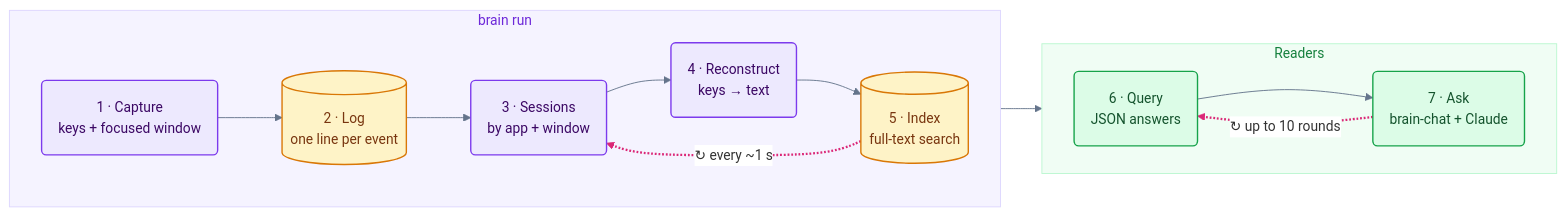
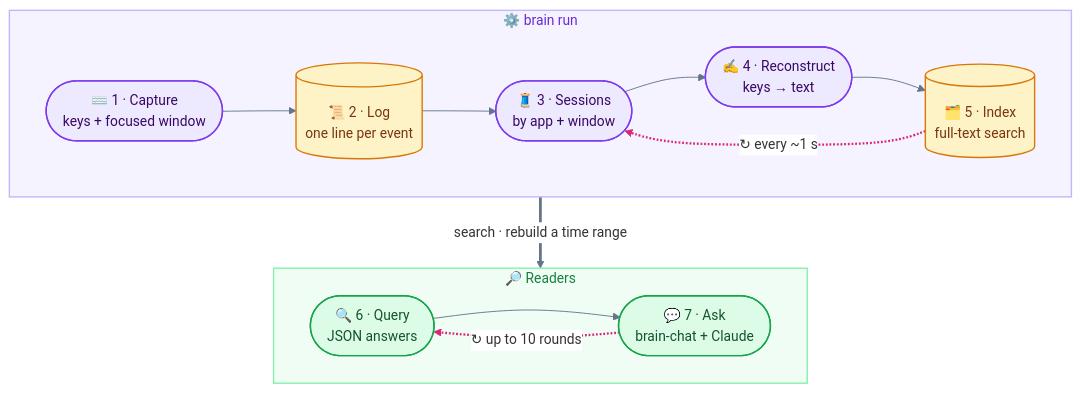
One commit to ChenOhana/shadow-assistant changed the second of 2 diagrams in DIAGRAMS.md. Above: the diagram before and after it, drawn with Mermaid. The commit also changed other lines of this file, not shown here.

First line of the commit message:
Draw the diagrams as top-to-bottom layers

````diff
--- a/DIAGRAMS.md
+++ b/DIAGRAMS.md
@@ -63,34 +74,37 @@
 ```mermaid
-%%{init: {"theme": "base", "themeVariables": {"fontSize": "15px", "lineColor": "#64748b", "edgeLabelBackground": "#ffffff"}, "flowchart": {"curve": "basis", "padding": 18, "nodeSpacing": 40, "rankSpacing": 45}}}%%
-flowchart LR
-    subgraph RUN["brain run"]
+%%{init: {"theme": "base", "themeVariables": {"fontSize": "15px", "lineColor": "#64748b", "edgeLabelBackground": "#ffffff"}, "flowchart": {"curve": "basis", "padding": 20, "nodeSpacing": 40, "rankSpacing": 55}}}%%
+flowchart TB
+    subgraph RUN["⚙️ brain run"]
         direction LR
-        S1("1 · Capture<br/>keys + focused window")
-        S2[("2 · Log<br/>one line per event")]
-        S3("3 · Sessions<br/>by app + window")
-        S4("4 · Reconstruct<br/>keys → text")
-        S5[("5 · Index<br/>full-text search")]
+        S1(["⌨️ 1 · Capture<br/>keys + focused window"])
+        S2[("📜 2 · Log<br/>one line per event")]
+        S3(["🧵 3 · Sessions<br/>by app + window"])
+        S4(["✍️ 4 · Reconstruct<br/>keys → text"])
+        S5[("🗂️ 5 · Index<br/>full-text search")]
+        S1 --> S2 --> S3 --> S4 --> S5
+        S5 -.->|"↻ every ~1 s"| S3
     end
 
-    subgraph USE["Readers"]
+    subgraph USE["🔎 Readers"]
         direction LR
-        S6("6 · Query<br/>JSON answers")
-        S7("7 · Ask<br/>brain-chat + Claude")
+        S6(["🔍 6 · Query<br/>JSON answers"])
+        S7(["💬 7 · Ask<br/>brain-chat + Claude"])
+        S6 --> S7
+        S7 -.->|"↻ up to 10 rounds"| S6
     end
 
-    S1 --> S2 --> S3 --> S4 --> S5 --> S6 --> S7
-    S5 -.->|"↻ every ~1 s"| S3
-    S7 -.->|"↻ up to 10 rounds"| S6
+    RUN ==>|"search · rebuild a time range"| USE
 
     classDef proc fill:#ede9fe,stroke:#7c3aed,stroke-width:1.5px,color:#3b0764
     classDef store fill:#fef3c7,stroke:#d97706,stroke-width:1.5px,color:#78350f
     classDef read fill:#dcfce7,stroke:#16a34a,stroke-width:1.5px,color:#14532d
     class S1,S3,S4 proc
     class S2,S5 store
     class S6,S7 read
 
-    style RUN fill:#f5f3ff,stroke:#ddd6fe,color:#6d28d9
-    style USE fill:#f0fdf4,stroke:#bbf7d0,color:#15803d
+    style RUN fill:#f5f3ff,stroke:#c4b5fd,stroke-width:1.5px,color:#6d28d9
+    style USE fill:#f0fdf4,stroke:#86efac,stroke-width:1.5px,color:#15803d
 
-    linkStyle 6,7 stroke:#db2777,stroke-width:2.5px
+    linkStyle 4,6 stroke:#db2777,stroke-width:2.5px
+    linkStyle 7 stroke:#64748b,stroke-width:3px
 ```
````
